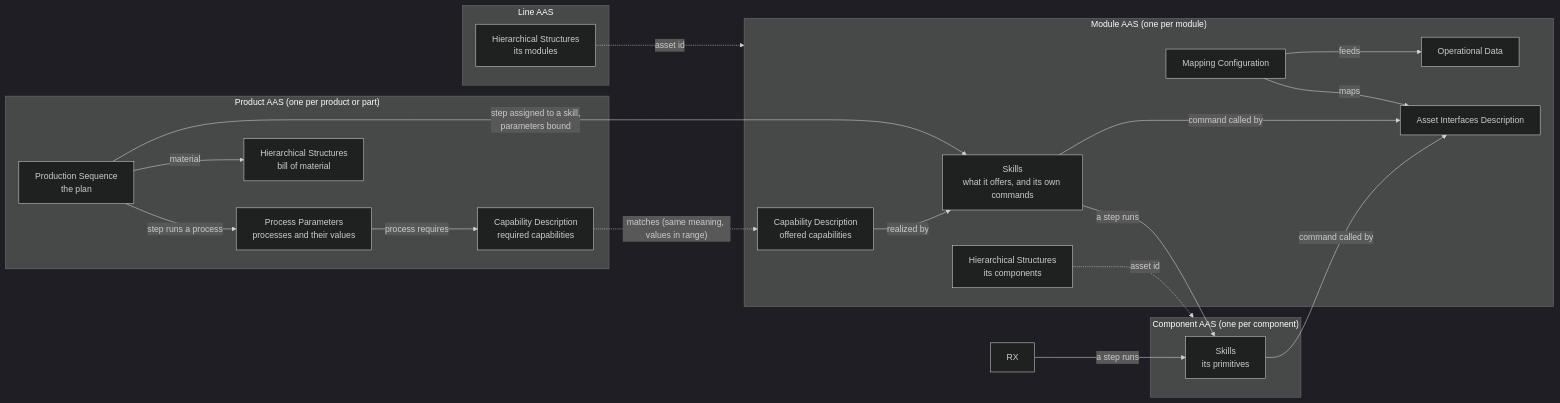
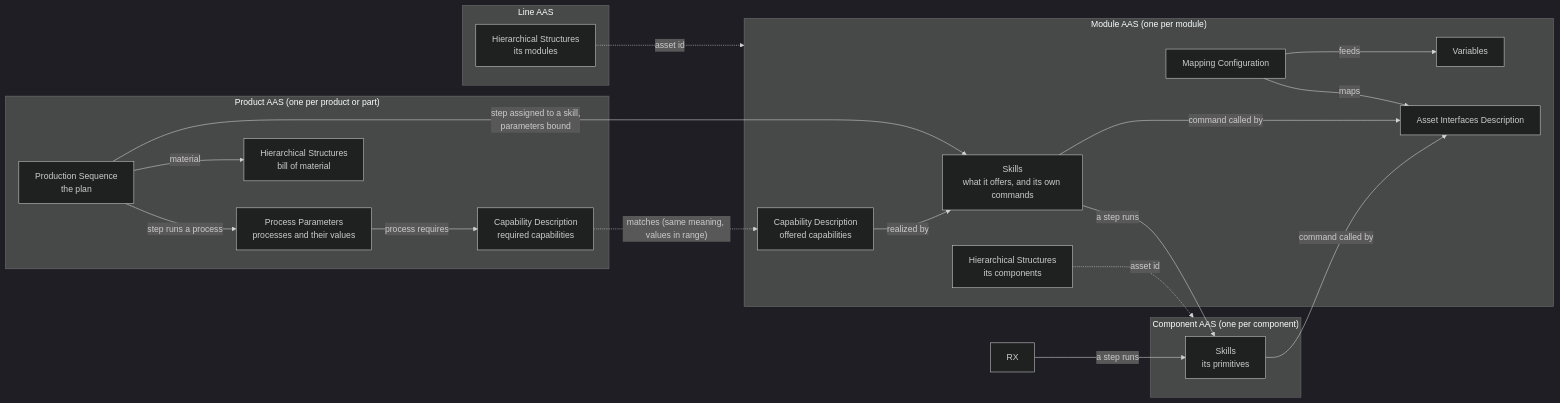
Before and after one commit to AAUSmartProductionLab/iec61499-mgmt-py: the diagram in docs/aas-models.md, drawn with Mermaid (dark theme). The commit also changed other lines of this file and 9 other files, not shown here.

Commit message:
Docs: the reference models in aas-model; Variables in place of Operational Data

````diff
--- a/docs/aas-models.md
+++ b/docs/aas-models.md
@@ -27,37 +35,37 @@
 ```mermaid
 flowchart LR
   subgraph P["Product AAS (one per product or part)"]
     PB["Hierarchical Structures<br/>bill of material"]
     PP["Process Parameters<br/>processes and their values"]
     PC["Capability Description<br/>required capabilities"]
     PS["Production Sequence<br/>the plan"]
   end
   subgraph R["Module AAS (one per module)"]
     RC["Capability Description<br/>offered capabilities"]
     RS["Skills<br/>what it offers, and its own commands"]
     RI["Asset Interfaces Description"]
     RM["Mapping Configuration"]
-    RO["Operational Data"]
+    RO["Variables"]
     RH["Hierarchical Structures<br/>its components"]
   end
   subgraph C["Component AAS (one per component)"]
     CS["Skills<br/>its primitives"]
   end
   subgraph L["Line AAS"]
     LH["Hierarchical Structures<br/>its modules"]
   end
   PP -- "process requires" --> PC
   PS -- "step runs a process" --> PP
   PS -- "material" --> PB
   PC -. "matches (same meaning, values in range)" .-> RC
   PS -- "step assigned to a skill,<br/>parameters bound" --> RS
   RC -- "realized by" --> RS
   RS -- "a step runs" --> CS
   RX -- "a step runs" --> CS
   RS -- "command called by" --> RI
   CS -- "command called by" --> RI
   RM -- "maps" --> RI
   RM -- "feeds" --> RO
   RH -. "asset id" .-> C
   LH -. "asset id" .-> R
 ```
````
